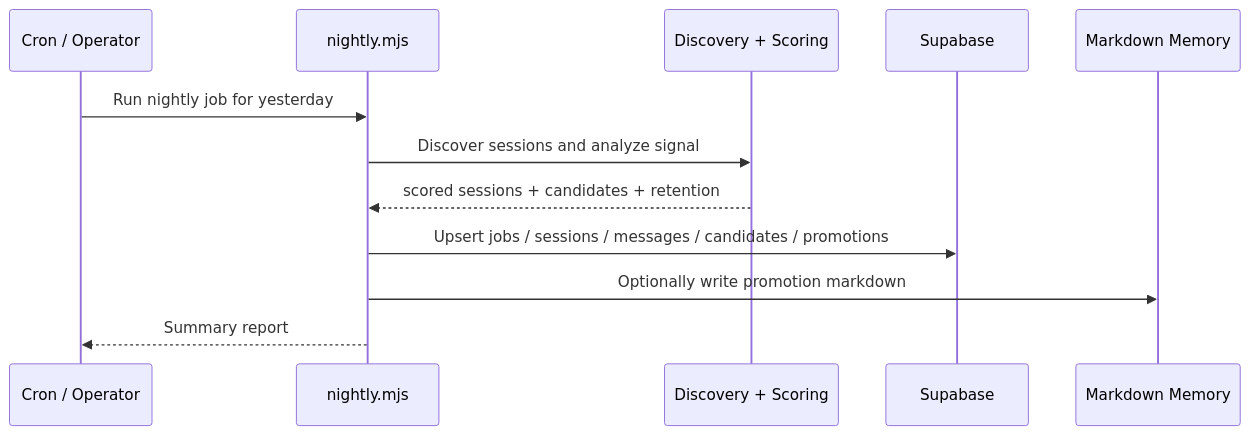
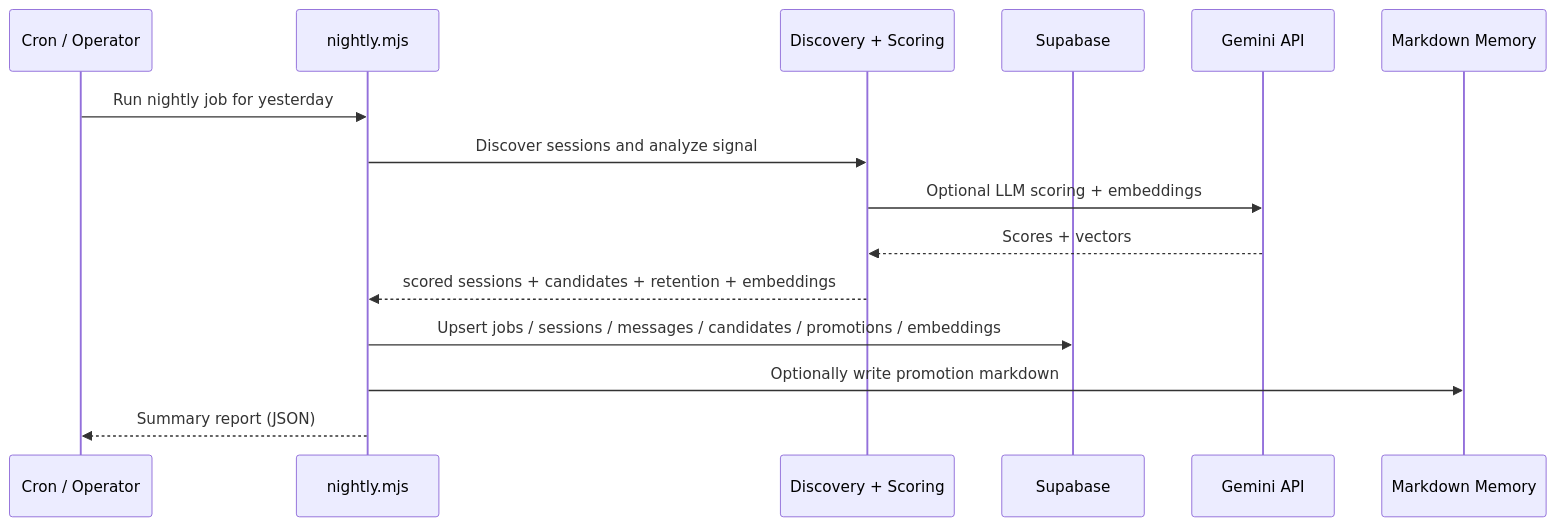
The second of 2 diagrams in README.md (kevin-lim59/05_dream), drawn with Mermaid before and after one commit. The commit also changed other lines of this file and 1 other file, not shown here.

````diff
--- a/README.md
+++ b/README.md
@@ -90,15 +81,18 @@
 ```mermaid
 sequenceDiagram
     participant C as Cron / Operator
     participant N as nightly.mjs
     participant D as Discovery + Scoring
     participant S as Supabase
+    participant G as Gemini API
     participant M as Markdown Memory
 
     C->>N: Run nightly job for yesterday
     N->>D: Discover sessions and analyze signal
-    D-->>N: scored sessions + candidates + retention
-    N->>S: Upsert jobs / sessions / messages / candidates / promotions
+    D->>G: Optional LLM scoring + embeddings
+    G-->>D: Scores + vectors
+    D-->>N: scored sessions + candidates + retention + embeddings
+    N->>S: Upsert jobs / sessions / messages / candidates / promotions / embeddings
     N->>M: Optionally write promotion markdown
-    N-->>C: Summary report
+    N-->>C: Summary report (JSON)
 ```
````
